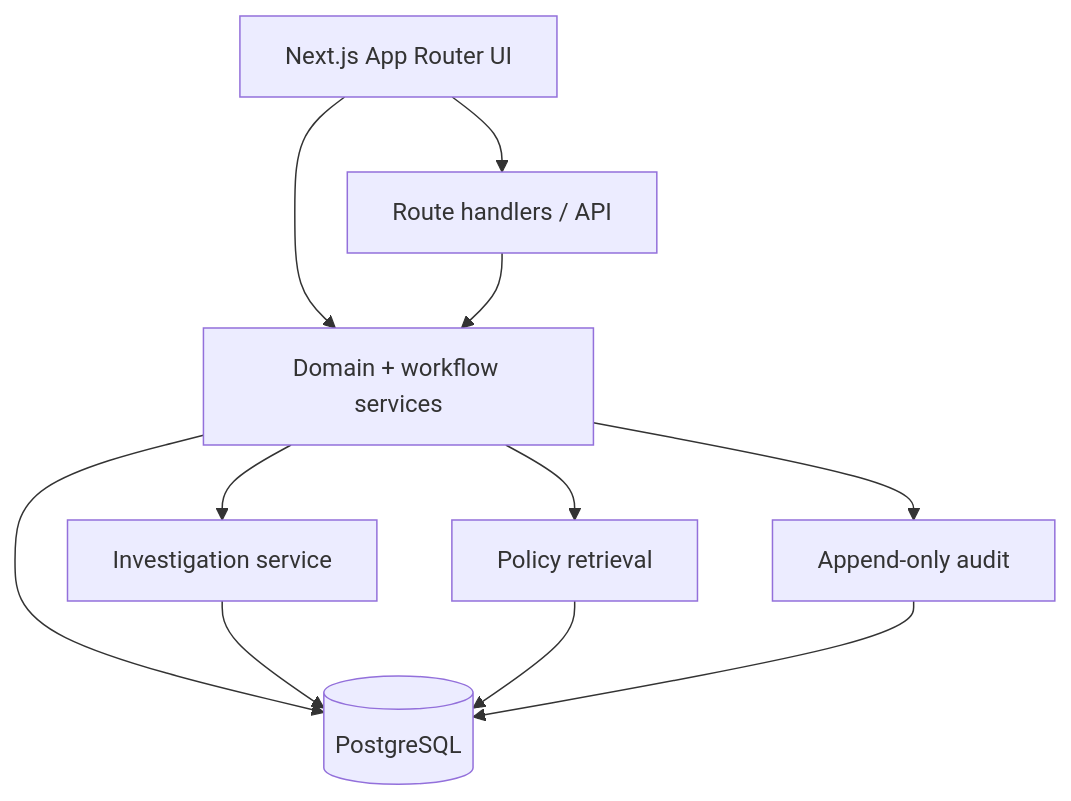
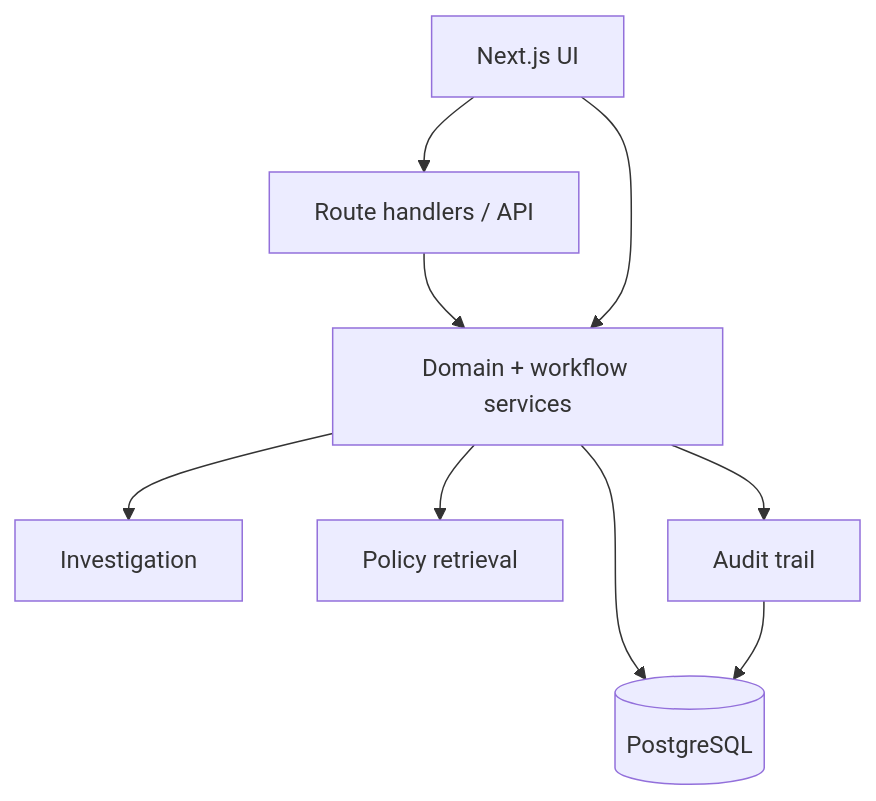
The diagram in README.md (aayush-as69/exceptionpilot), drawn with Mermaid before and after one commit. The commit also changed other lines of this file, not shown here.

````diff
--- a/README.md
+++ b/README.md
@@ -184,21 +95,11 @@
 ```mermaid
 flowchart TB
-    UI[Next.js App Router UI]
-    API[Route handlers / API]
-    DOMAIN[Domain + workflow services]
-    INVEST[Investigation service]
-    RETRIEVE[Policy retrieval]
-    DB[(PostgreSQL)]
-    AUDIT[Append-only audit]
-
-    UI --> API
+    UI[Next.js UI] --> API[Route handlers / API]
+    API --> DOMAIN[Domain + workflow services]
     UI --> DOMAIN
-    API --> DOMAIN
-    DOMAIN --> INVEST
-    DOMAIN --> RETRIEVE
-    DOMAIN --> DB
-    INVEST --> DB
-    RETRIEVE --> DB
-    DOMAIN --> AUDIT
+    DOMAIN --> INVEST[Investigation]
+    DOMAIN --> RETRIEVE[Policy retrieval]
+    DOMAIN --> DB[(PostgreSQL)]
+    DOMAIN --> AUDIT[Audit trail]
     AUDIT --> DB
 ```
````
